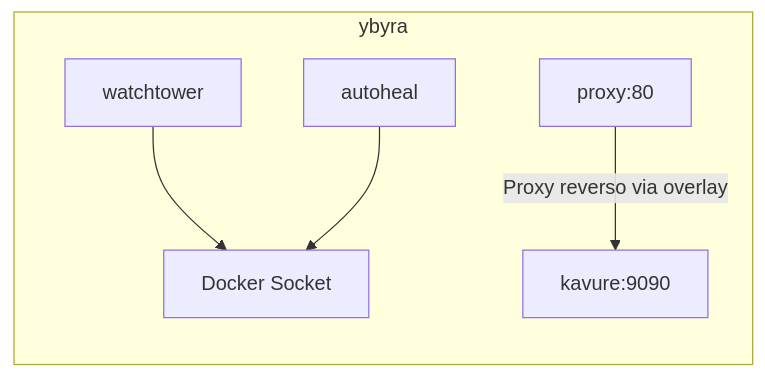
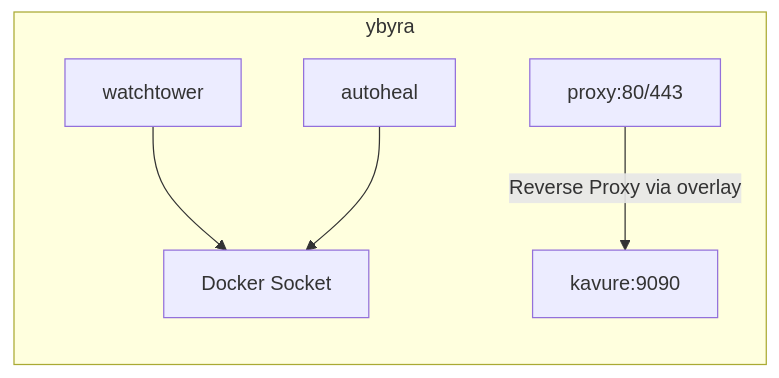
The third of 5 diagrams in network/service-topology.md (ceduardorodrig/MNEMOCINE), drawn with Mermaid before and after one commit. The commit also changed other lines of this file and 95 other files, not shown here.

````diff
--- a/network/service-topology.md
+++ b/network/service-topology.md
@@ -117,8 +113,8 @@
 ```mermaid
 graph LR
     subgraph ybyra
         W[watchtower] --> DS[Docker Socket]
         A[autoheal] --> DS
-        N[proxy:80] -->|Proxy reverso via overlay| API[kavure:9090]
+        N[proxy:80/443] -->|Reverse Proxy via overlay| API[kavure:9090]
     end
 ```
````
